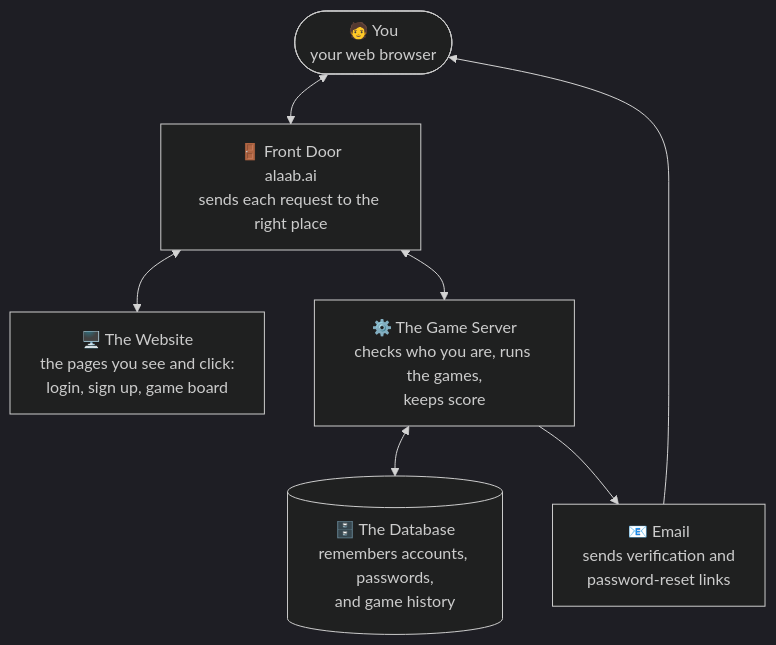
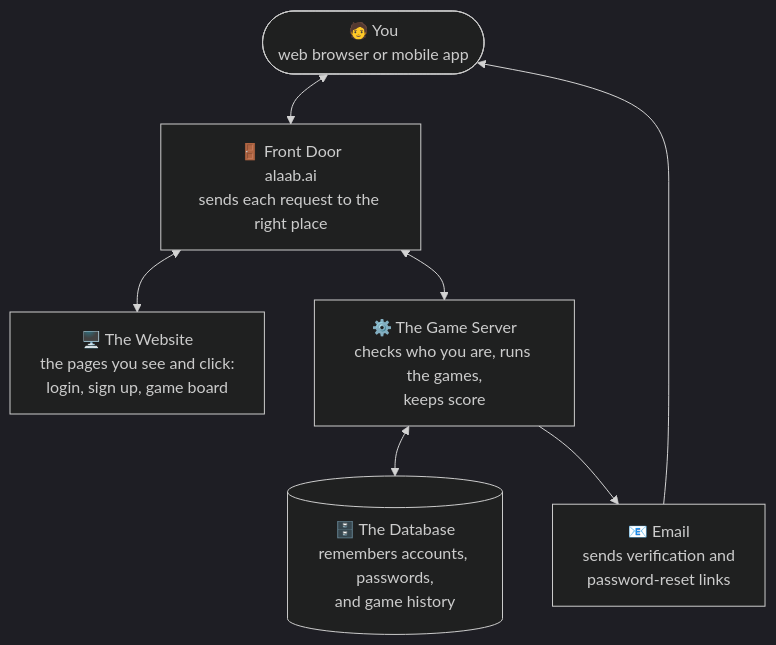
One commit to tariqhaque-oss/multiplayer-tic-tac-toe changed the diagram in ARCHITECTURE.md. Above: the diagram before and after it, drawn with Mermaid (dark theme). The commit also changed other lines of this file and 80 other files, not shown here.

First line of the commit message:
Add native mobile app, rework Court Piece backend, migrate to Cloud Run

````diff
--- a/ARCHITECTURE.md
+++ b/ARCHITECTURE.md
@@ -10,16 +10,16 @@
 ```mermaid
 flowchart TD
-    You(["🧑 You<br/>your web browser"])
+    You(["🧑 You<br/>web browser or mobile app"])
     Door["🚪 Front Door<br/>alaab.ai<br/>sends each request to the right place"]
     Website["🖥️ The Website<br/>the pages you see and click:<br/>login, sign up, game board"]
     Server["⚙️ The Game Server<br/>checks who you are, runs the games,<br/>keeps score"]
     Database[("🗄️ The Database<br/>remembers accounts, passwords,<br/>and game history")]
     Email["📧 Email<br/>sends verification and<br/>password-reset links"]
 
     You <--> Door
     Door <--> Website
     Door <--> Server
     Server <--> Database
     Server --> Email
     Email --> You
 ```
````
